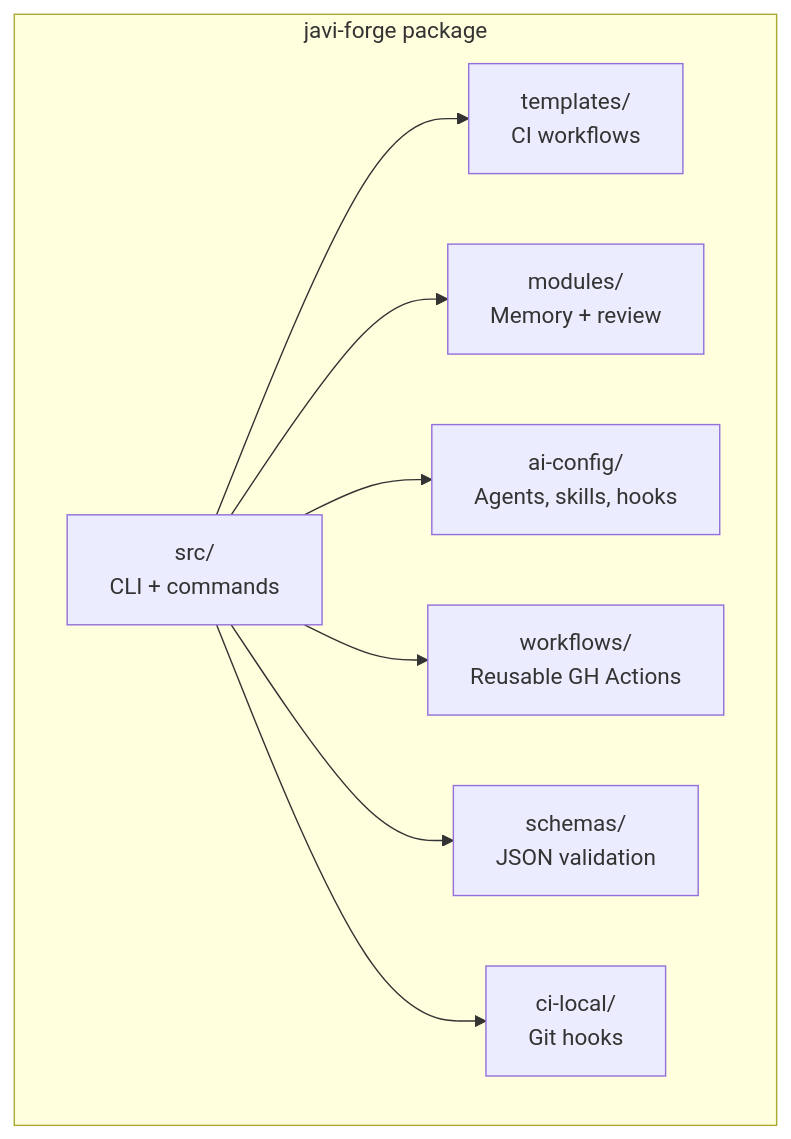
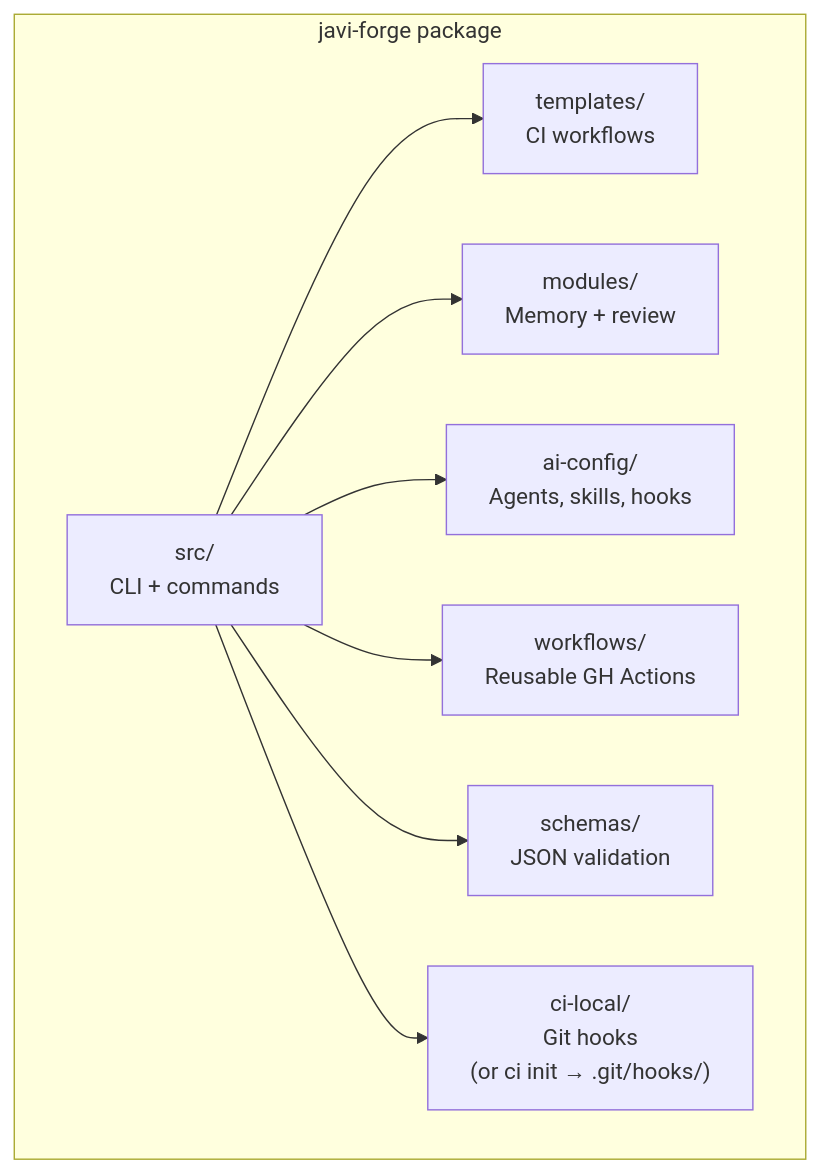
The first of 5 diagrams in docs/architecture.md (JNZader/javi-forge), drawn with Mermaid before and after one commit. The commit also changed other lines of this file and 2 other files, not shown here.

Commit message:
docs: update documentation for ci init and flag changes

````diff
--- a/docs/architecture.md
+++ b/docs/architecture.md
@@ -5,19 +5,19 @@
 ```mermaid
 flowchart TB
     subgraph "javi-forge package"
         SRC["src/<br/>CLI + commands"]
         TPL["templates/<br/>CI workflows"]
         MOD["modules/<br/>Memory + review"]
         AIC["ai-config/<br/>Agents, skills, hooks"]
         WF["workflows/<br/>Reusable GH Actions"]
         SCH["schemas/<br/>JSON validation"]
-        CIL["ci-local/<br/>Git hooks"]
+        CIL["ci-local/<br/>Git hooks<br/>(or ci init → .git/hooks/)"]
     end
 
     SRC --> TPL
     SRC --> MOD
     SRC --> AIC
     SRC --> WF
     SRC --> SCH
     SRC --> CIL
 ```
````
